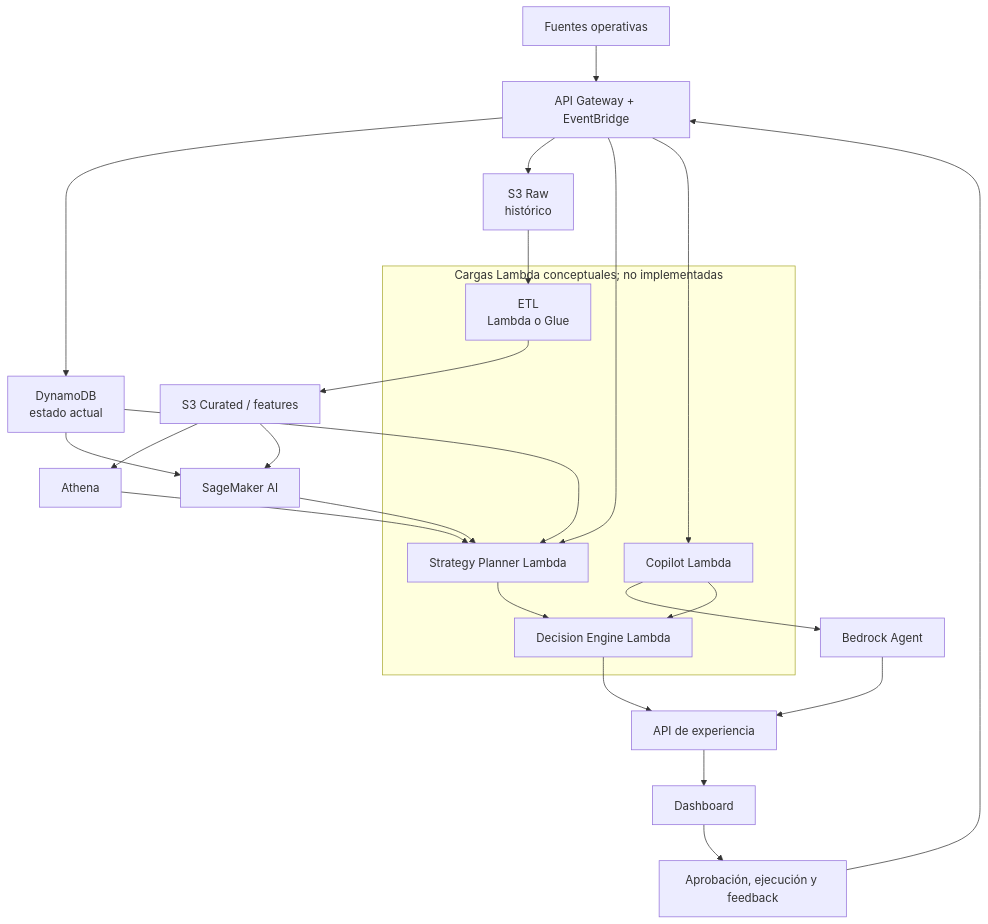
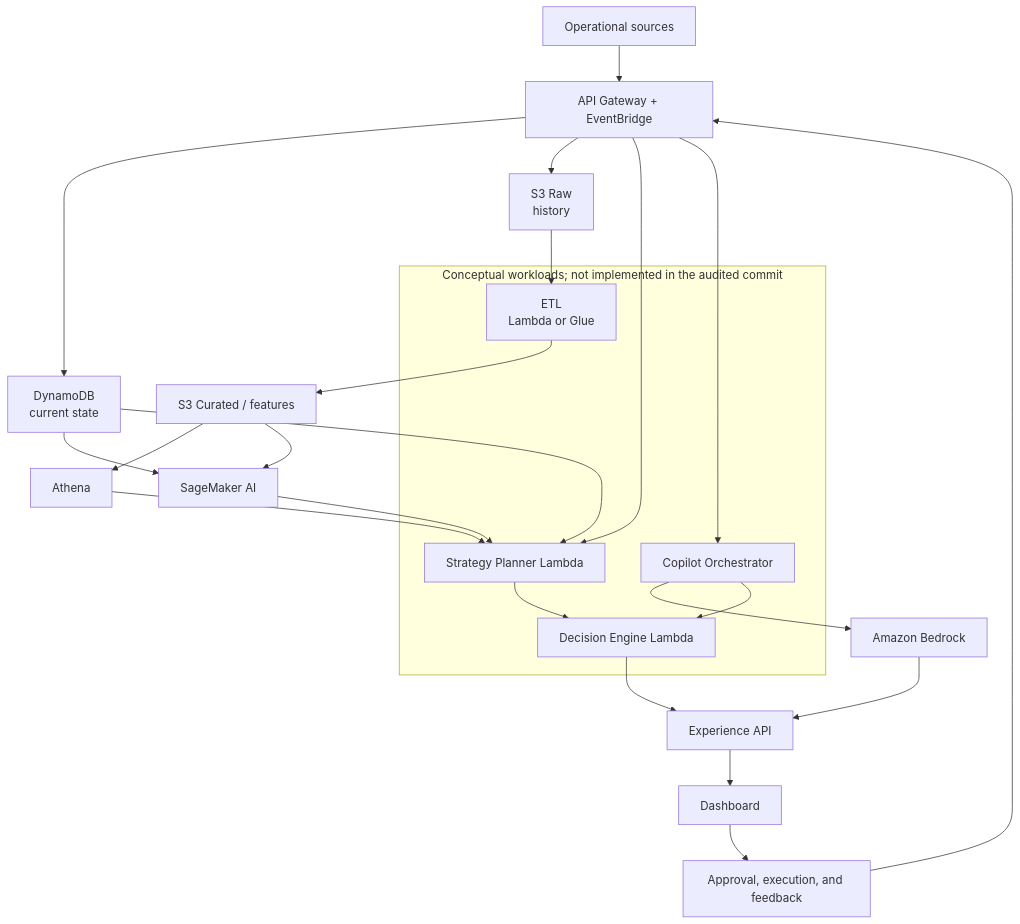
Before and after one commit to FerGem33/BackendRoad2Tech: the first of 2 diagrams in docs/aws-lambda-vpc-audit.md, drawn with Mermaid. The commit also changed other lines of this file and 36 other files, not shown here.

````diff
--- a/docs/aws-lambda-vpc-audit.md
+++ b/docs/aws-lambda-vpc-audit.md
@@ -48,31 +46,31 @@
 ```mermaid
 flowchart TD
-    Sources[Fuentes operativas] --> Entry[API Gateway + EventBridge]
-    Entry --> DDB[DynamoDB<br/>estado actual]
-    Entry --> Raw[S3 Raw<br/>histórico]
-    Raw --> ETL[ETL<br/>Lambda o Glue]
+    Sources[Operational sources] --> Entry[API Gateway + EventBridge]
+    Entry --> DDB[DynamoDB<br/>current state]
+    Entry --> Raw[S3 Raw<br/>history]
+    Raw --> ETL[ETL<br/>Lambda or Glue]
     ETL --> Curated[S3 Curated / features]
     Curated --> Athena[Athena]
     Curated --> SM[SageMaker AI]
     DDB --> SM
     Entry --> Planner[Strategy Planner Lambda]
     DDB --> Planner
     Athena --> Planner
     SM --> Planner
     Planner --> Engine[Decision Engine Lambda]
-    Entry --> Copilot[Copilot Lambda]
-    Copilot --> Bedrock[Bedrock Agent]
+    Entry --> Copilot[Copilot Orchestrator]
+    Copilot --> Bedrock[Amazon Bedrock]
     Copilot --> Engine
-    Engine --> Experience[API de experiencia]
+    Engine --> Experience[Experience API]
     Bedrock --> Experience
     Experience --> Dashboard[Dashboard]
-    Dashboard --> Feedback[Aprobación, ejecución y feedback]
+    Dashboard --> Feedback[Approval, execution, and feedback]
     Feedback --> Entry
 
-    subgraph Candidate[Cargas Lambda conceptuales; no implementadas]
+    subgraph Candidate[Conceptual workloads; not implemented in the audited commit]
       ETL
       Planner
       Engine
       Copilot
     end
 ```
````
